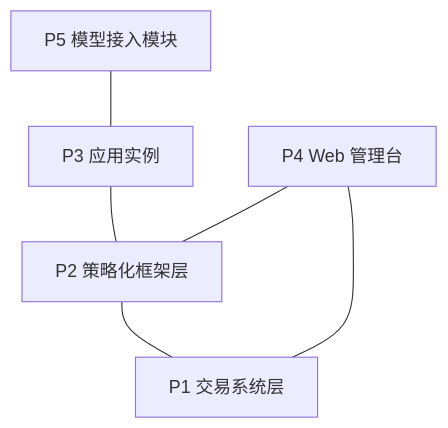
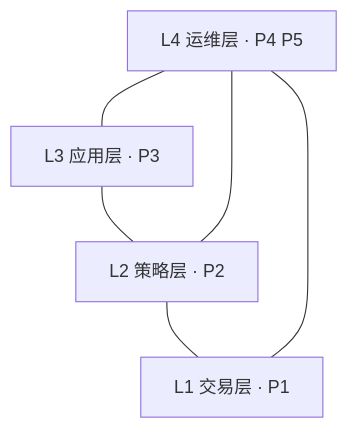
One commit to AceNanako0721/Factorforge changed the diagram in doc/README.md. Above: the diagram before and after it, drawn with Mermaid. The commit also changed other lines of this file and 428 other files, not shown here.

````diff
--- a/doc/README.md
+++ b/doc/README.md
@@ -19,8 +25,8 @@
 ```mermaid
 flowchart BT
-  P1[P1 交易系统层] --- P2[P2 策略化框架层]
-  P2 --- P3[P3 应用实例]
-  P2 --- P4[P4 Web 管理台]
-  P1 --- P4
-  P3 --- P5[P5 模型接入模块]
+  L1[L1 交易层 · P1] --- L2[L2 策略层 · P2]
+  L2 --- L3[L3 应用层 · P3]
+  L3 --- L4[L4 运维层 · P4 P5]
+  L2 --- L4
+  L1 --- L4
 ```
````
